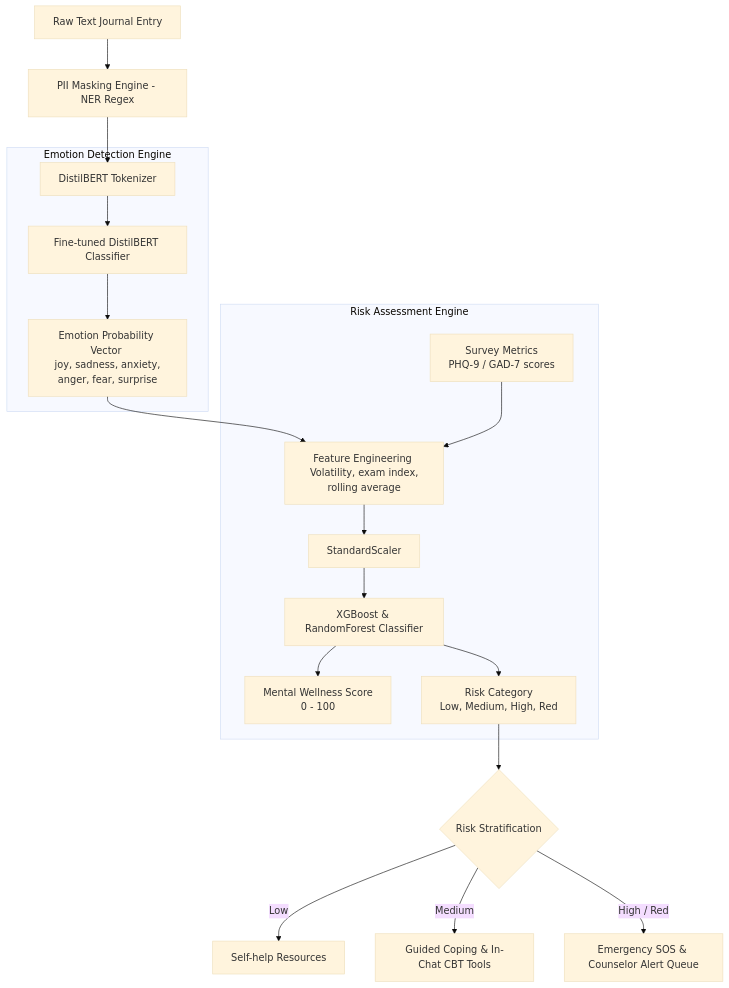
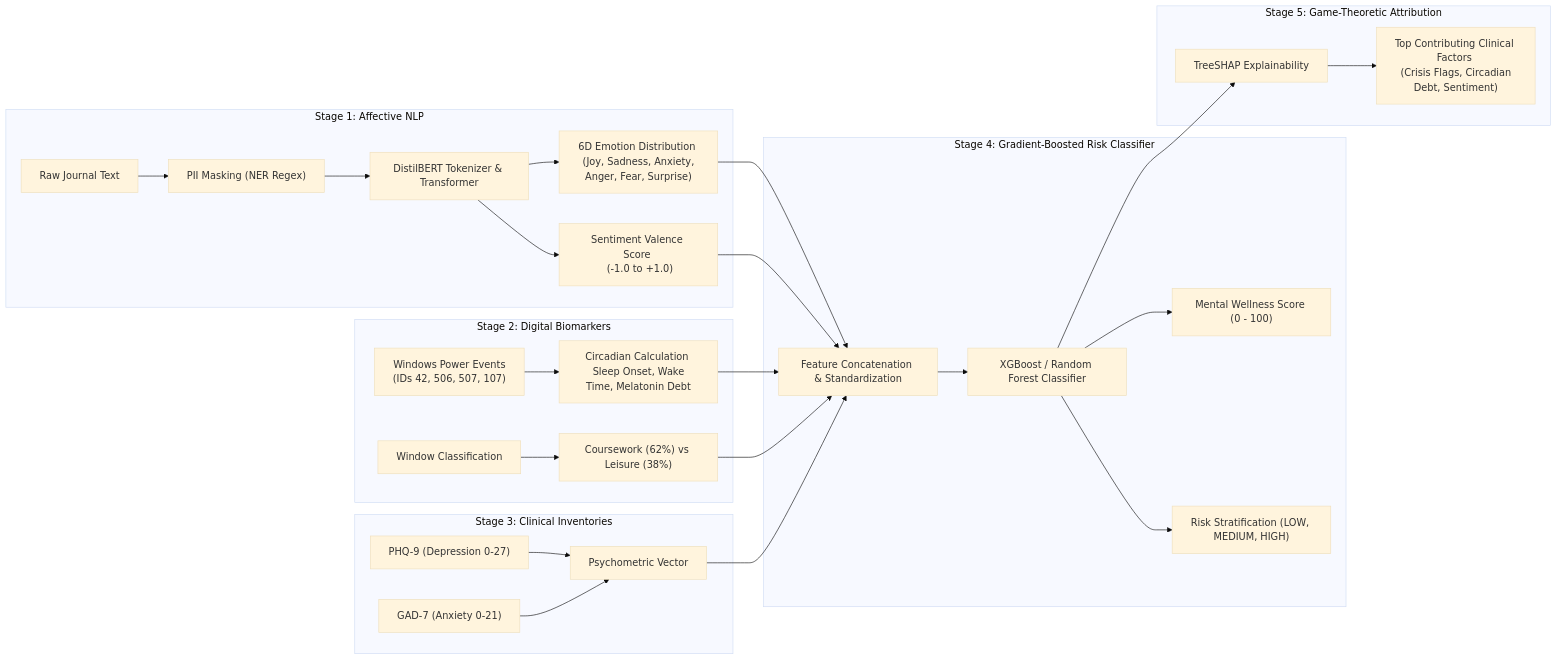
Before and after one commit to PASUPULASAITEJA/MindGuardAI: the second of 3 diagrams in README.md, drawn with Mermaid (base theme). The commit also changed other lines of this file and 33 other files, not shown here.

````diff
--- a/README.md
+++ b/README.md
@@ -416,28 +237,35 @@
 ```mermaid
-graph TD
-    %% Input
-    Input["Raw Text Journal Entry"] --> PII["PII Masking Engine - NER Regex"]
-    PII --> Tokenizer["DistilBERT Tokenizer"]
-    
-    %% Emotion Engine
-    subgraph EmotionDetectionEngine ["Emotion Detection Engine"]
-        Tokenizer --> DistilBERT["Fine-tuned DistilBERT Classifier"]
-        DistilBERT --> Emotions["Emotion Probability Vector <br> joy, sadness, anxiety, anger, fear, surprise"]
-    end
-    
-    %% Risk Engine
-    subgraph RiskAssessmentEngine ["Risk Assessment Engine"]
-        Emotions --> FeatureEng["Feature Engineering <br> Volatility, exam index, rolling average"]
-        Survey["Survey Metrics <br> PHQ-9 / GAD-7 scores"] --> FeatureEng
-        FeatureEng --> Scaler["StandardScaler"]
-        Scaler --> RandomForest["XGBoost & RandomForest Classifier"]
-        RandomForest --> RiskScore["Mental Wellness Score <br> 0 - 100"]
-        RandomForest --> RiskTier["Risk Category <br> Low, Medium, High, Red"]
+graph LR
+    subgraph NLPStage ["Stage 1: Affective NLP"]
+        Raw["Raw Journal Text"] --> NER["PII Masking (NER Regex)"]
+        NER --> BERT["DistilBERT Tokenizer & Transformer"]
+        BERT --> EmotionVec["6D Emotion Distribution <br> (Joy, Sadness, Anxiety, Anger, Fear, Surprise)"]
+        BERT --> VADER["Sentiment Valence Score <br> (-1.0 to +1.0)"]
     end
 
-    %% Action Output
-    RiskTier --> DecisionDiamond{Risk Stratification}
-    DecisionDiamond -->|Low| SelfHelp["Self-help Resources"]
-    DecisionDiamond -->|Medium| Coping["Guided Coping & In-Chat CBT Tools"]
-    DecisionDiamond -->|High / Red| Warning["Emergency SOS & Counselor Alert Queue"]
+    subgraph TelemetryStage ["Stage 2: Digital Biomarkers"]
+        PowerLogs["Windows Power Events <br> (IDs 42, 506, 507, 107)"] --> Circadian["Circadian Calculation <br> Sleep Onset, Wake Time, Melatonin Debt"]
+        ScreenHabits["Window Classification"] --> Split["Coursework (62%) vs Leisure (38%)"]
+    end
+
+    subgraph PsychometricsStage ["Stage 3: Clinical Inventories"]
+        PHQ["PHQ-9 (Depression 0-27)"] --> PsychVector["Psychometric Vector"]
+        GAD["GAD-7 (Anxiety 0-21)"] --> PsychVector
+    end
+
+    subgraph FusionStage ["Stage 4: Gradient-Boosted Risk Classifier"]
+        EmotionVec --> Fusion["Feature Concatenation & Standardization"]
+        VADER --> Fusion
+        Circadian --> Fusion
+        Split --> Fusion
+        PsychVector --> Fusion
+        Fusion --> XGBoost["XGBoost / Random Forest Classifier"]
+        XGBoost --> Score["Mental Wellness Score (0 - 100)"]
+        XGBoost --> Tier["Risk Stratification (LOW, MEDIUM, HIGH)"]
+    end
+
+    subgraph ExplainStage ["Stage 5: Game-Theoretic Attribution"]
+        XGBoost --> TreeSHAP["TreeSHAP Explainability"]
+        TreeSHAP --> FactorAttribution["Top Contributing Clinical Factors <br> (Crisis Flags, Circadian Debt, Sentiment)"]
+    end
 ```
````
